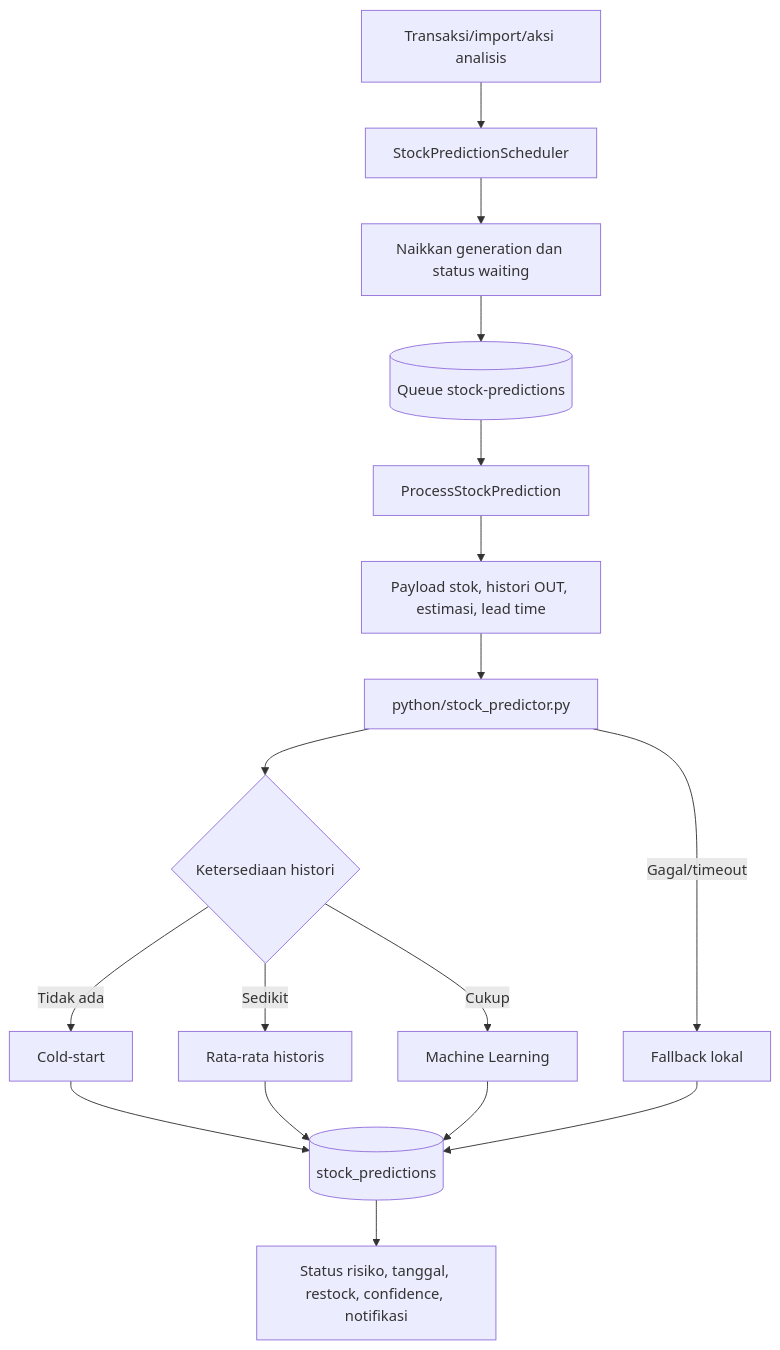
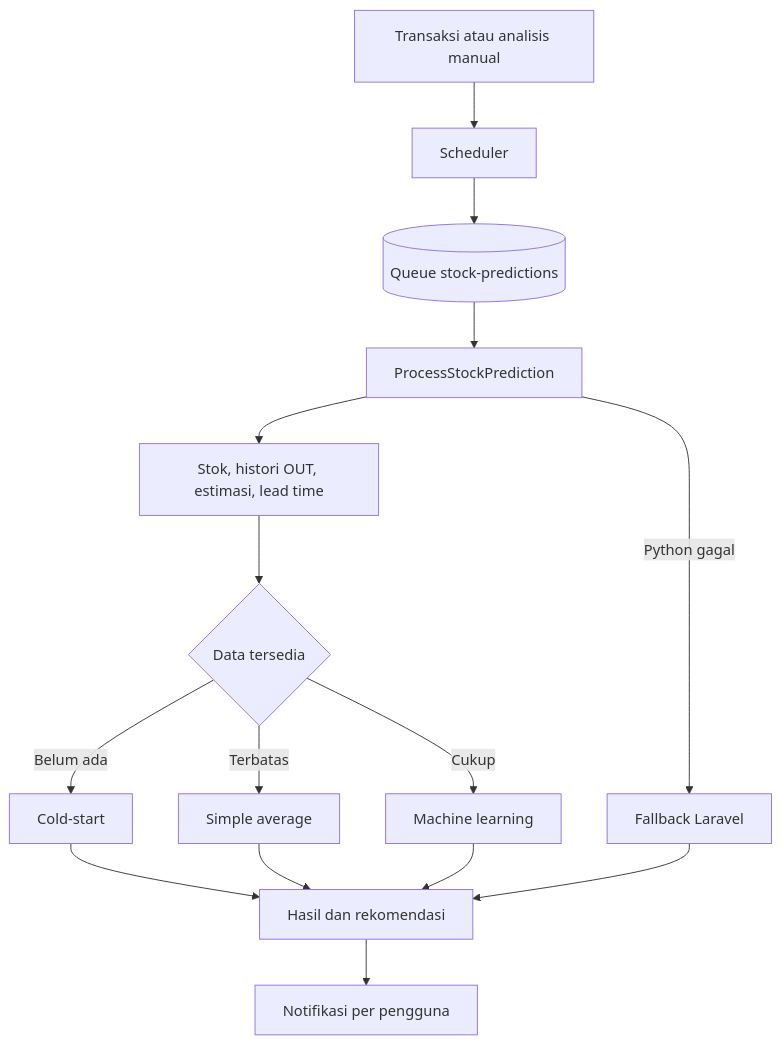
The sixth of 6 diagrams in docs/PETA_KONSEP_LOGISTIKKU.md (raisazahra14/belajar-laravel-bcs), drawn with Mermaid before and after one commit. The commit also changed other lines of this file and 14 other files, not shown here.

````diff
--- a/docs/PETA_KONSEP_LOGISTIKKU.md
+++ b/docs/PETA_KONSEP_LOGISTIKKU.md
@@ -143,19 +213,17 @@
 ```mermaid
 flowchart TD
-    R[Transaksi/import/aksi analisis] --> S[StockPredictionScheduler]
-    S --> G[Naikkan generation dan status waiting]
-    G --> Q[(Queue stock-predictions)]
+    S[Transaksi atau analisis manual] --> SC[Scheduler]
+    SC --> Q[(Queue stock-predictions)]
     Q --> J[ProcessStockPrediction]
-    J --> X[Payload stok, histori OUT, estimasi, lead time]
-    X --> P[python/stock_predictor.py]
-    P --> M{Ketersediaan histori}
-    M -- Tidak ada --> C[Cold-start]
-    M -- Sedikit --> A[Rata-rata historis]
-    M -- Cukup --> ML[Machine Learning]
-    P -- Gagal/timeout --> F[Fallback lokal]
-    C --> DB[(stock_predictions)]
-    A --> DB
-    ML --> DB
-    F --> DB
-    DB --> O[Status risiko, tanggal, restock, confidence, notifikasi]
+    J --> I[Stok, histori OUT, estimasi, lead time]
+    I --> M{Data tersedia}
+    M -- Belum ada --> C[Cold-start]
+    M -- Terbatas --> A[Simple average]
+    M -- Cukup --> ML[Machine learning]
+    C --> O[Hasil dan rekomendasi]
+    A --> O
+    ML --> O
+    J -- Python gagal --> F[Fallback Laravel]
+    F --> O
+    O --> N[Notifikasi per pengguna]
 ```
````
